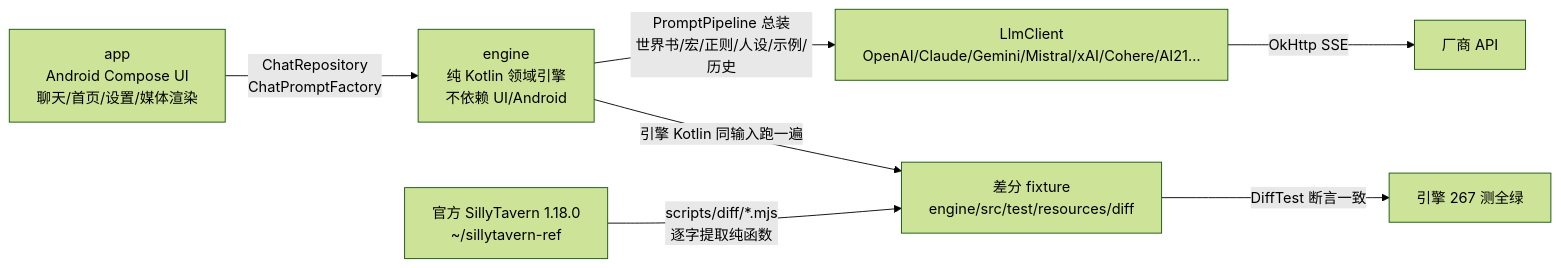
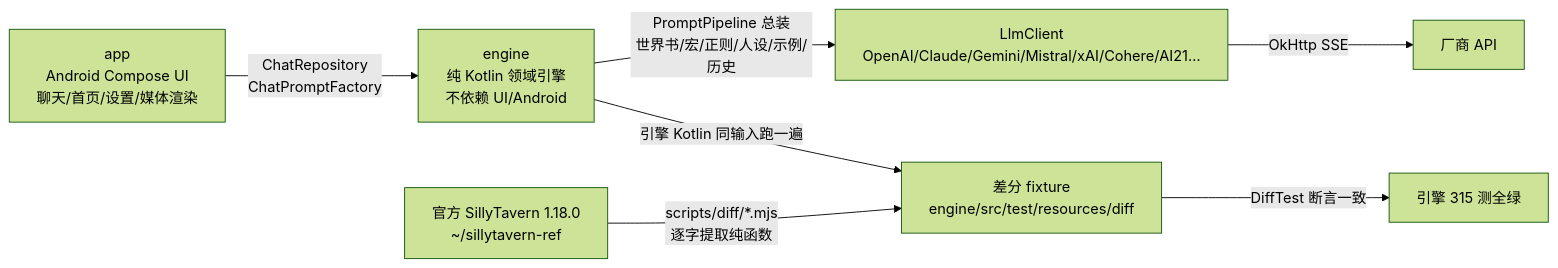
The diagram in docs/HANDOFF.md (heikeyangle-code/ember-inn), drawn with Mermaid (forest theme) before and after one commit. The commit also changed other lines of this file and 24 other files, not shown here.

````diff
--- a/docs/HANDOFF.md
+++ b/docs/HANDOFF.md
@@ -7,9 +7,9 @@
 ```mermaid
 flowchart LR
  A[app<br/>Android Compose UI<br/>聊天/首页/设置/媒体渲染] -->|ChatRepository<br/>ChatPromptFactory| B[engine<br/>纯 Kotlin 领域引擎<br/>不依赖 UI/Android]
  B -->|PromptPipeline 总装<br/>世界书/宏/正则/人设/示例/历史| C[LlmClient<br/>OpenAI/Claude/Gemini/Mistral/xAI/Cohere/AI21…]
  C -->|OkHttp SSE| D[厂商 API]
  E[官方 SillyTavern 1.18.0<br/>~/sillytavern-ref] -->|scripts/diff/*.mjs<br/>逐字提取纯函数| F[差分 fixture<br/>engine/src/test/resources/diff]
  B -->|引擎 Kotlin 同输入跑一遍| F
- F -->|DiffTest 断言一致| G[引擎 267 测全绿]
+ F -->|DiffTest 断言一致| G[引擎 315 测全绿]
 ```
````
